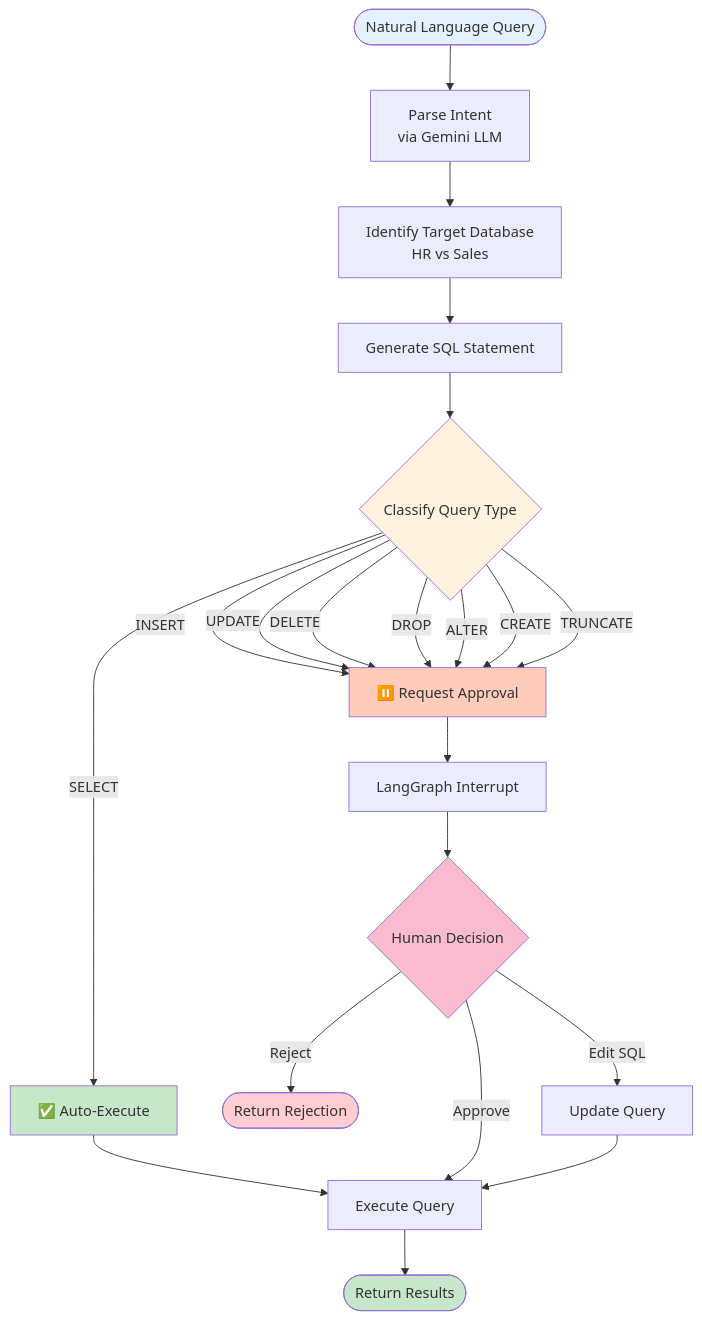
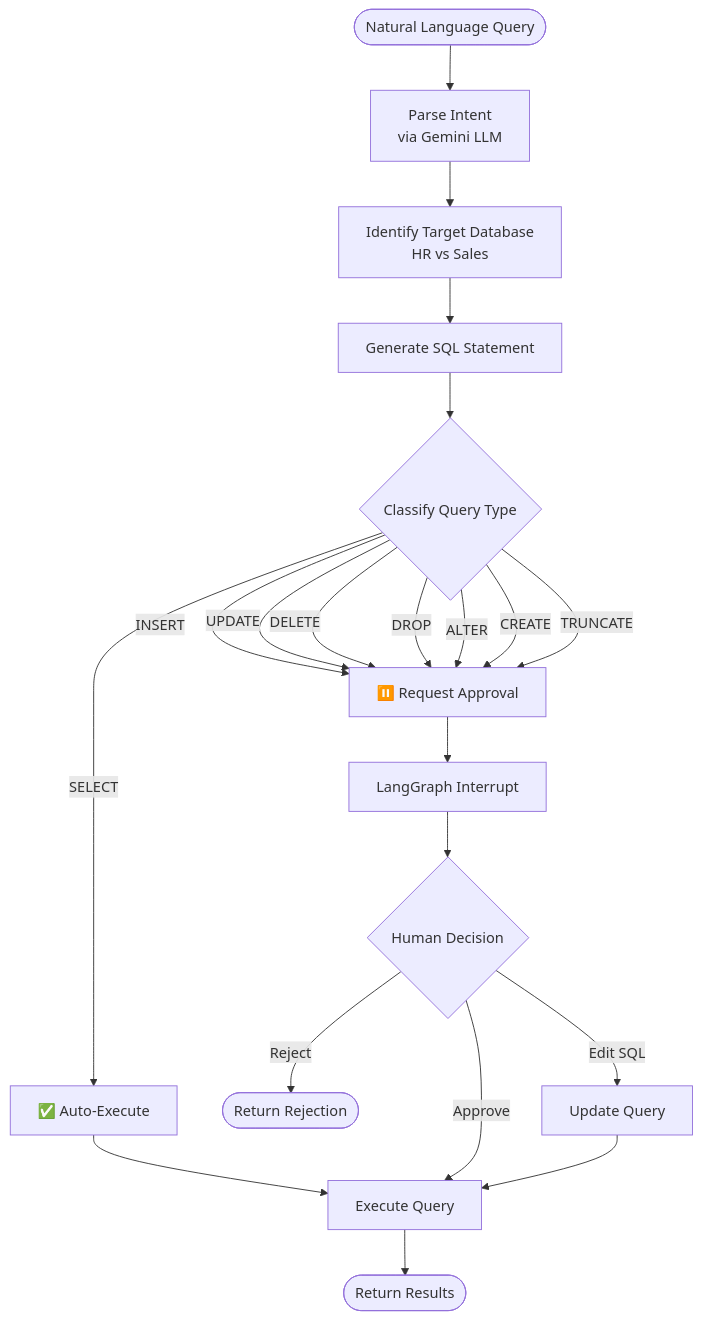
One commit to Spkap/SQl-Guardian changed the third of 3 diagrams in README.md. Above: the diagram before and after it, drawn with Mermaid. The commit also changed other lines of this file, not shown here.

Commit message:
Remove style definitions from README.md
Removed style definitions for various workflow states.

````diff
--- a/README.md
+++ b/README.md
@@ -170,35 +166,28 @@
 ```mermaid
 flowchart TD
     START([Natural Language Query]) --> PARSE[Parse Intent<br/>via Gemini LLM]
     PARSE --> IDENTIFY[Identify Target Database<br/>HR vs Sales]
     IDENTIFY --> GENERATE[Generate SQL Statement]
     GENERATE --> CLASSIFY{Classify Query Type}
 
     CLASSIFY -->|SELECT| AUTO[✅ Auto-Execute]
     CLASSIFY -->|INSERT| PAUSE[⏸️ Request Approval]
     CLASSIFY -->|UPDATE| PAUSE
     CLASSIFY -->|DELETE| PAUSE
     CLASSIFY -->|DROP| PAUSE
     CLASSIFY -->|ALTER| PAUSE
     CLASSIFY -->|CREATE| PAUSE
     CLASSIFY -->|TRUNCATE| PAUSE
 
     AUTO --> EXECUTE[Execute Query]
     EXECUTE --> RETURN_SUCCESS([Return Results])
 
     PAUSE --> INTERRUPT[LangGraph Interrupt]
     INTERRUPT --> WAIT{Human Decision}
 
     WAIT -->|Approve| EXECUTE
     WAIT -->|Reject| RETURN_REJECT([Return Rejection])
     WAIT -->|Edit SQL| MODIFY[Update Query]
     MODIFY --> EXECUTE
 
-    style START fill:#e3f2fd
-    style CLASSIFY fill:#fff3e0
-    style AUTO fill:#c8e6c9
-    style PAUSE fill:#ffccbc
-    style WAIT fill:#f8bbd0
-    style RETURN_SUCCESS fill:#c8e6c9
-    style RETURN_REJECT fill:#ffcdd2
 ```
````
